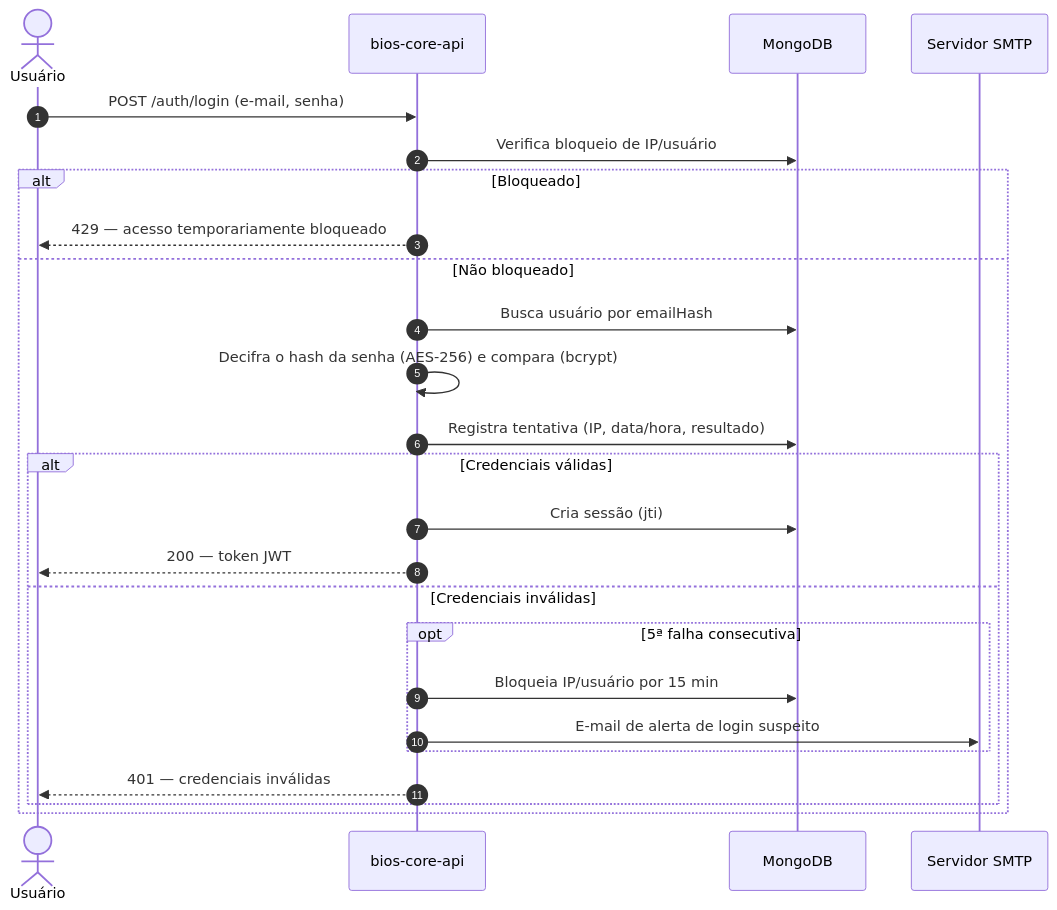
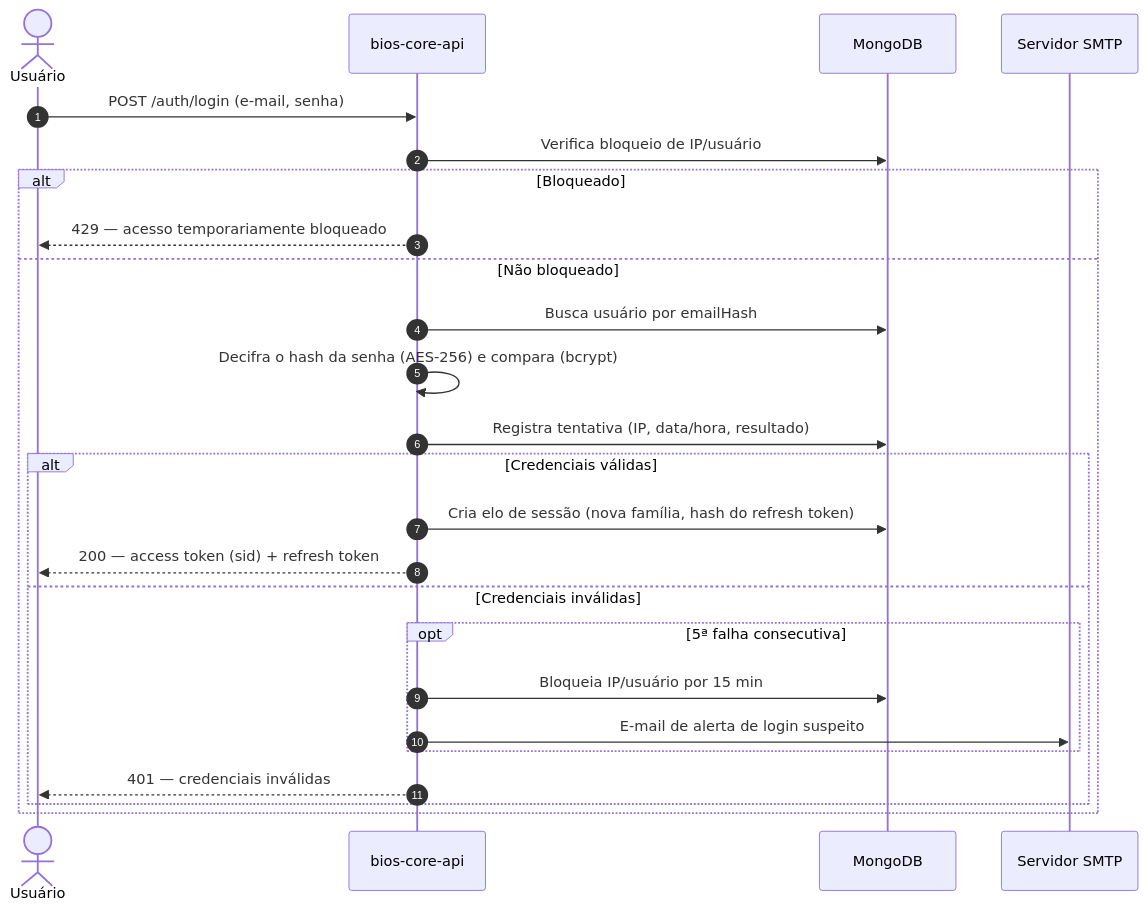
The fifth of 6 diagrams in 08-Artefatos-de-Análise.md (odavibatista/bios-docs), drawn with Mermaid before and after one commit. The commit also changed other lines of this file and 6 other files, not shown here.

````diff
--- a/08-Artefatos-de-Análise.md
+++ b/08-Artefatos-de-Análise.md
@@ -894,28 +955,28 @@
 ```mermaid
 sequenceDiagram
     autonumber
     actor U as Usuário
     participant API as bios-core-api
     participant DB as MongoDB
     participant M as Servidor SMTP
 
     U->>API: POST /auth/login (e-mail, senha)
     API->>DB: Verifica bloqueio de IP/usuário
     alt Bloqueado
         API-->>U: 429 — acesso temporariamente bloqueado
     else Não bloqueado
         API->>DB: Busca usuário por emailHash
         API->>API: Decifra o hash da senha (AES-256) e compara (bcrypt)
         API->>DB: Registra tentativa (IP, data/hora, resultado)
         alt Credenciais válidas
-            API->>DB: Cria sessão (jti)
-            API-->>U: 200 — token JWT
+            API->>DB: Cria elo de sessão (nova família, hash do refresh token)
+            API-->>U: 200 — access token (sid) + refresh token
         else Credenciais inválidas
             opt 5ª falha consecutiva
                 API->>DB: Bloqueia IP/usuário por 15 min
                 API->>M: E-mail de alerta de login suspeito
             end
             API-->>U: 401 — credenciais inválidas
         end
     end
 ```
````
